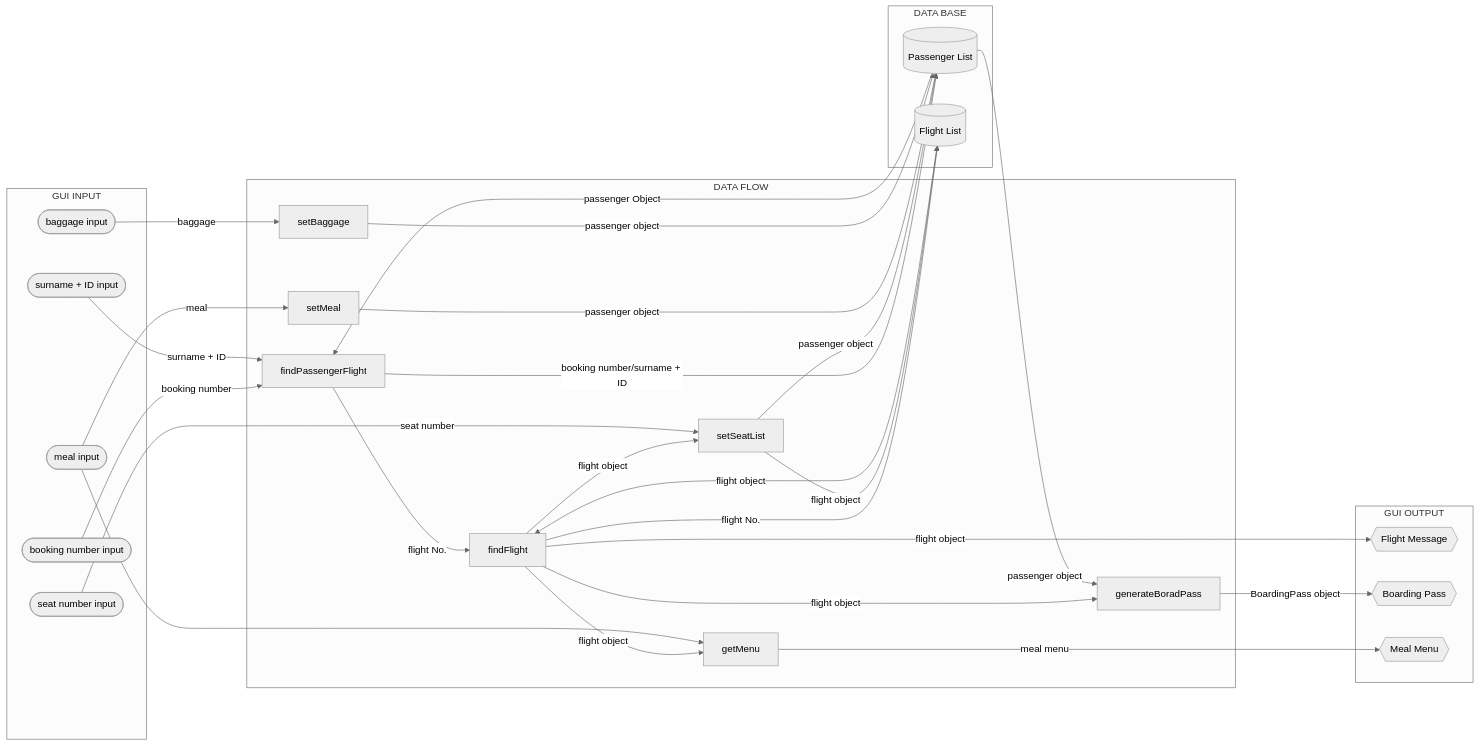
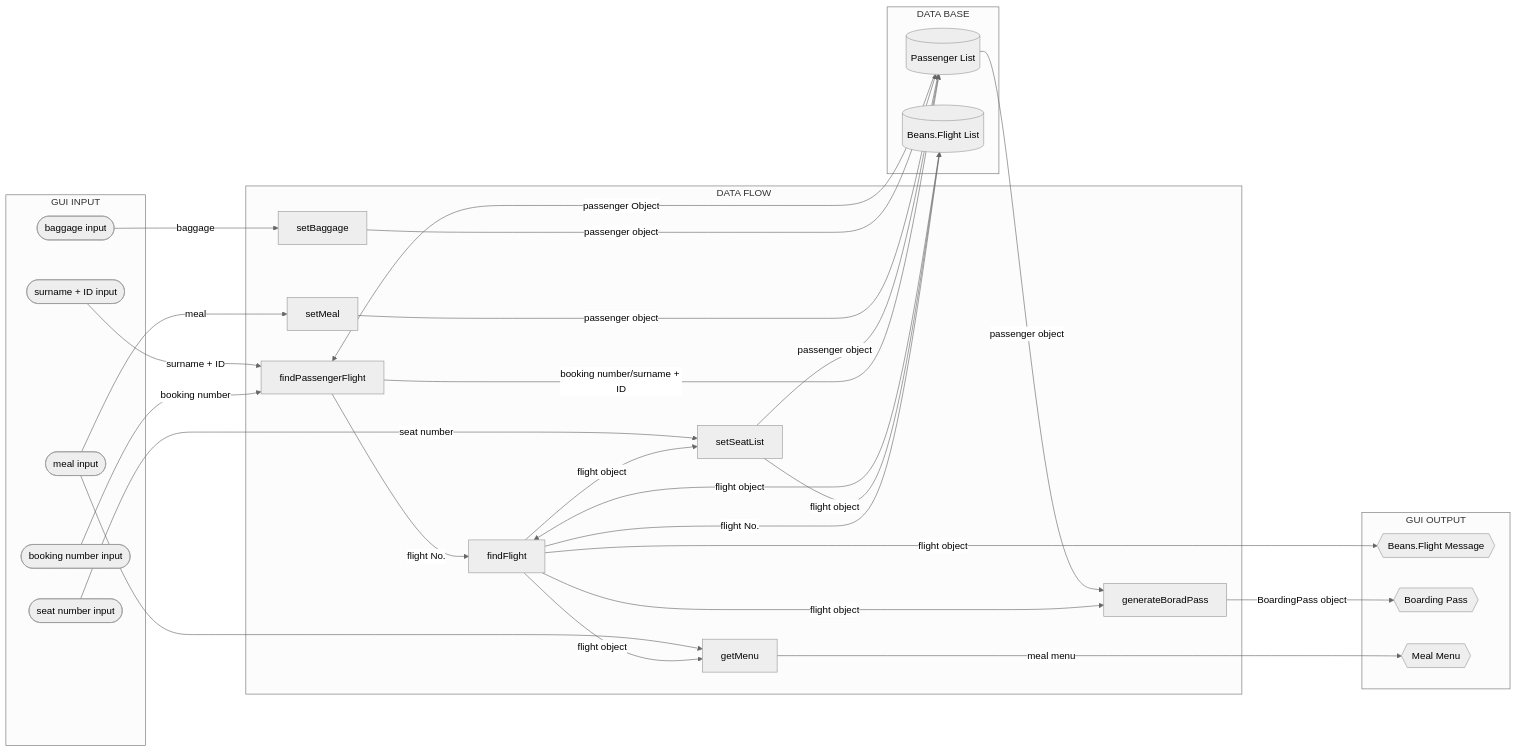
Before and after one commit to Norman-Ou/EBU6304-2022-Software-Engineering-Group-8: the diagram in Doc/iteration2 inputoutput.md, drawn with Mermaid (neutral theme). The commit also changed 111 other files, not shown here.

````diff
--- a/Doc/iteration2 inputoutput.md
+++ b/Doc/iteration2 inputoutput.md
@@ -1,50 +1,50 @@
 ```mermaid
 graph LR
     subgraph GUI INPUT
     A([booking number input])
     B([surname + ID input])
     C([seat number input])
     D([meal input])
     E([baggage input])
     end
     subgraph DATA FLOW
     F[findPassengerFlight]
     I[findFlight]
     J[setSeatList]
     K[getMenu]
     Q[setMeal]
     L[setBaggage]
     N[generateBoradPass]
     end
     subgraph DATA BASE
     G[(Passenger List)]
-    M[(Flight List)]
+    M[(Beans.Flight List)]
     end
     subgraph GUI OUTPUT
-    H{{Flight Message}}
+    H{{Beans.Flight Message}}
     O{{Boarding Pass}}
     P{{Meal Menu}}
     end
     A -->|booking number| F
     B -->|surname + ID| F
     F -->|booking number/surname + ID| G
     G -->|passenger Object|F
     F -->|flight No.|I
     I -->|flight No.|M
     I -->|flight object|J
     I -->|flight object|K
     K -->|meal menu|P
     J -->|flight object|M
     J -->|passenger object|G
     M -->|flight object|I
     I -->|flight object|H
     C -->|seat number| J
     D -->|meal|Q
     Q -->|passenger object|G
     E -->|baggage|L
     L -->|passenger object|G
     I -->|flight object|N
     D -->K
     G -->|passenger object|N
     N -->|BoardingPass object|O
 ```
````
